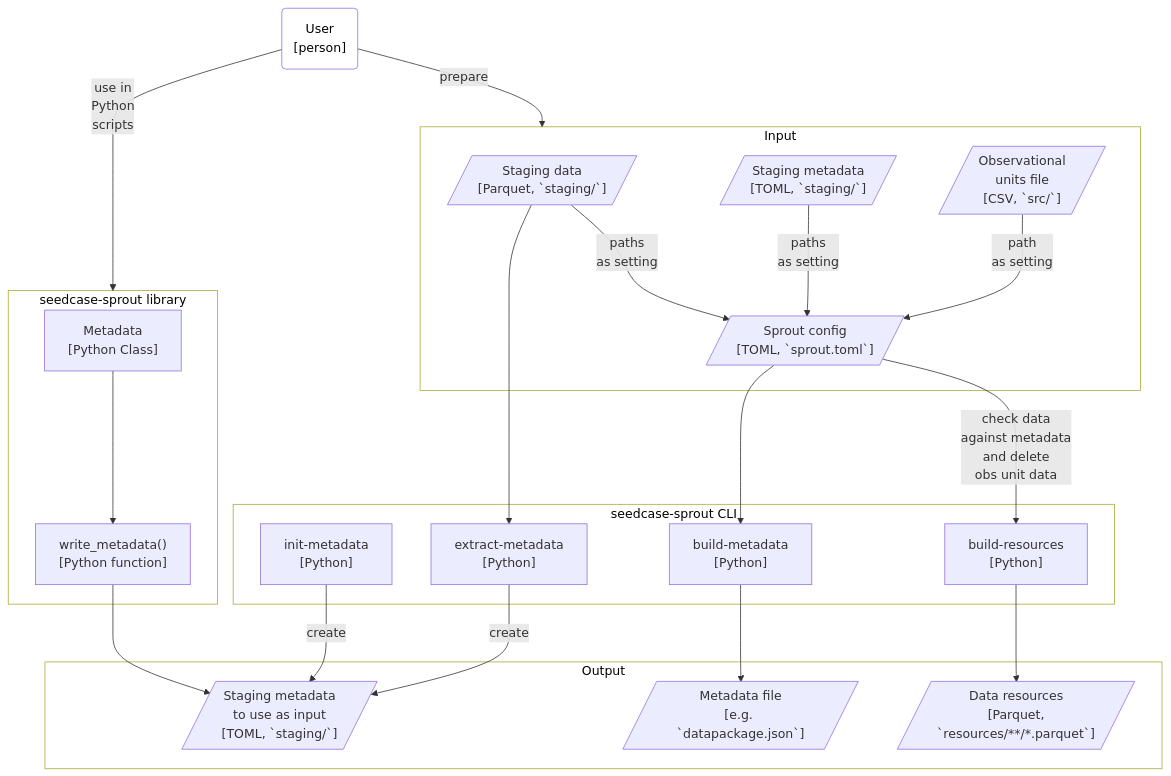
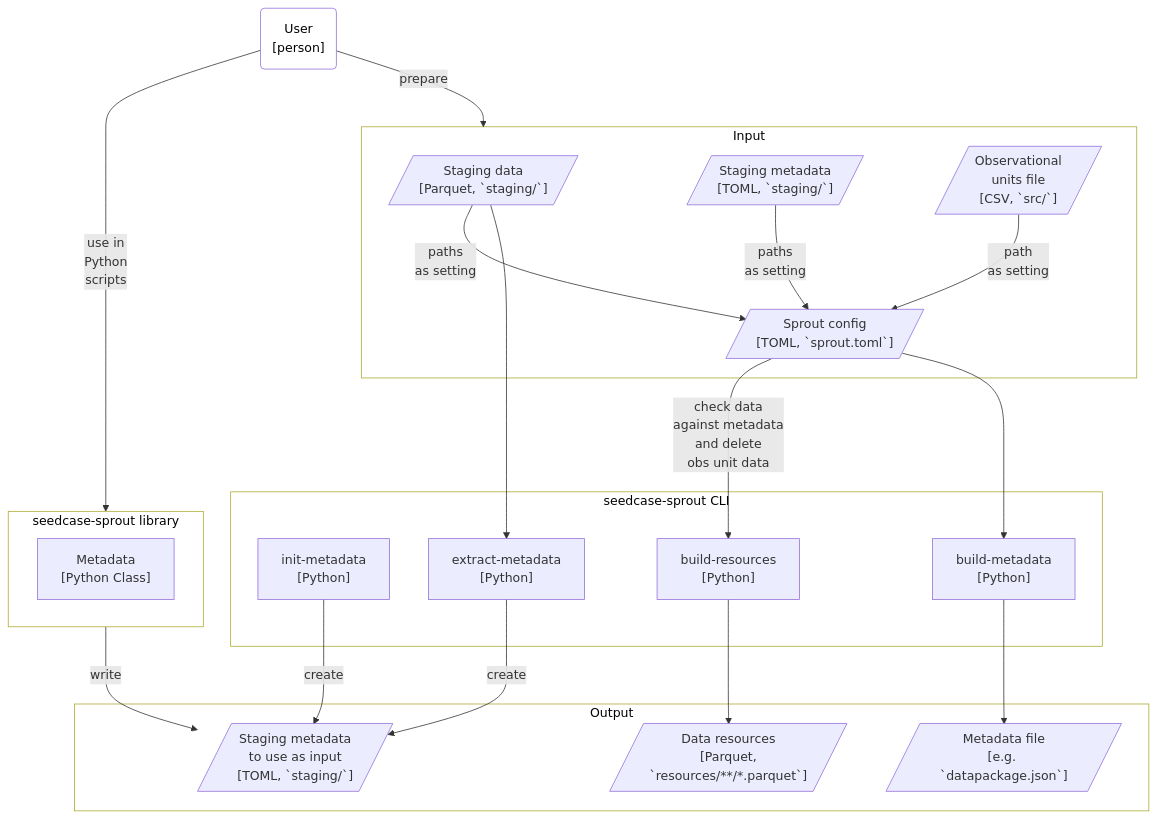
One commit to seedcase-project/seedcase-sprout changed the second of 2 diagrams in docs/design/architecture.qmd. Above: the diagram before and after it, drawn with Mermaid.

Commit message:
docs: ✏️ remove `write_metadata()` from design

````diff
--- a/docs/design/architecture.qmd
+++ b/docs/design/architecture.qmd
@@ -218,64 +218,62 @@
 ```{mermaid}
 %%| label: fig-c4-container
 %%| fig-cap: >-
 %%|   C4 component and container diagram showing the inputs, outputs, and
 %%|   actions within Sprout. Parallogram boxes represent input and output, the
 %%|   rectangles represents actions, and the rounded boxes represent the start
 %%|   of the flow (the user).
 %%| fig-alt: >-
 %%|   Flowchart diagram with boxes and arrows/connections for the different
 %%|   objects and actions, focusing on the content of Sprout. The user interacts
 %%|   with the staging files mainly through the config file and uses Sprout
 %%|   either as CLI or as a Python library to generate the metadata in staging
 %%|   to modify and manually edit. Sprout ends up creating a package's final
 %%|   data and metadata.
 
 flowchart TB
     user("User<br>[person]"):::user
 
     subgraph input ["Input"]
         staged_data[/"Staging data<br>[Parquet, `staging/`]"/]
         staged_metadata_in[/"Staging metadata<br>[TOML, `staging/`]"/]
         obs_units[/"Observational<br>units file<br>[CSV, `src/`]"/]
         config[/"Sprout config<br>[TOML, `sprout.toml`]"/]
     end
 
     subgraph sprout-cli ["seedcase-sprout CLI"]
         init["init-metadata<br>[Python]"]
         build_resources["build-resources<br>[Python]"]
         build_metadata["build-metadata<br>[Python]"]
         extract_metadata["extract-metadata<br>[Python]"]
     end
 
     subgraph sprout-lib ["seedcase-sprout library"]
         metadata["Metadata<br>[Python Class]"]
-        write_metadata["write_metadata()<br>[Python function]"]
-        metadata --> write_metadata
     end
 
     subgraph output ["Output"]
         staged_metadata_out[/"Staging metadata<br>to use as input<br>[TOML, `staging/`]"/]
         package_metadata[/"Metadata file<br>[e.g. `datapackage.json`]"/]
         package_data[/"Data resources<br>[Parquet,<br>`resources/**/*.parquet`]"/]
     end
 
     user -->|prepare| input
     user -->|use in<br>Python<br>scripts| sprout-lib
-    write_metadata --> staged_metadata_out
+    sprout-lib -->|write| staged_metadata_out
 
     init -->|create| staged_metadata_out
     staged_data --> extract_metadata -->|create| staged_metadata_out
 
     staged_data -->|paths<br>as setting| config
     staged_metadata_in -->|paths<br>as setting| config --> build_metadata --> package_metadata
     obs_units -->|path<br>as setting| config
     config -->|check data<br>against metadata<br>and delete<br>obs unit data| build_resources --> package_data
 
     %% Styling
     style input fill:#FFFFFF,color:#000000;
     style sprout-cli fill:#FFFFFF,color:#000000;
     style sprout-lib fill:#FFFFFF,color:#000000;
     style output fill:#FFFFFF,color:#000000;
     classDef user fill:#FFFFFF,color:#000000;
     classDef external fill:#F5F5F5;
 ```
````
